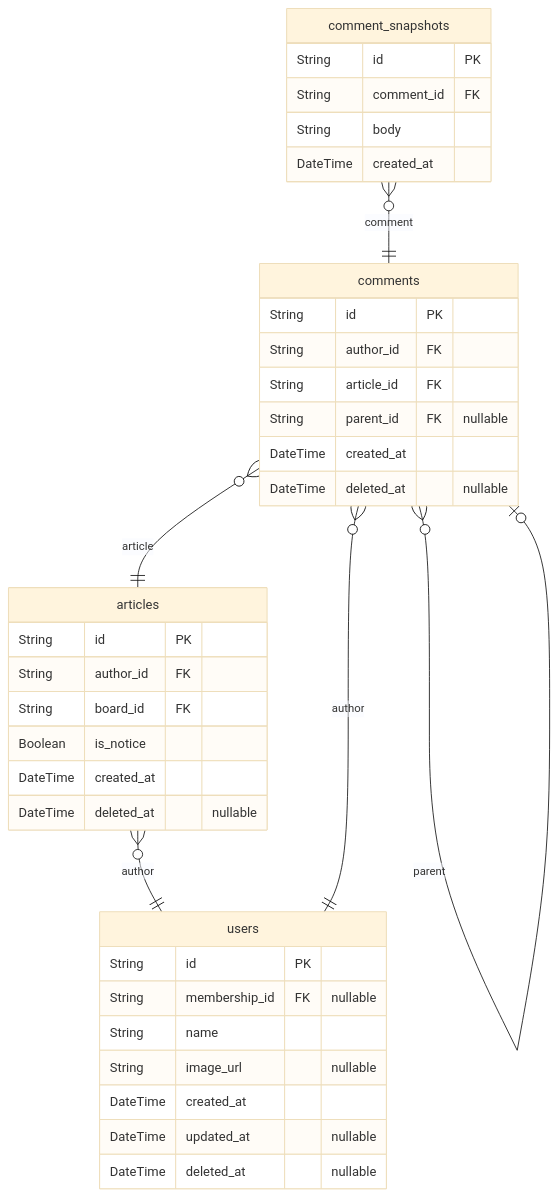
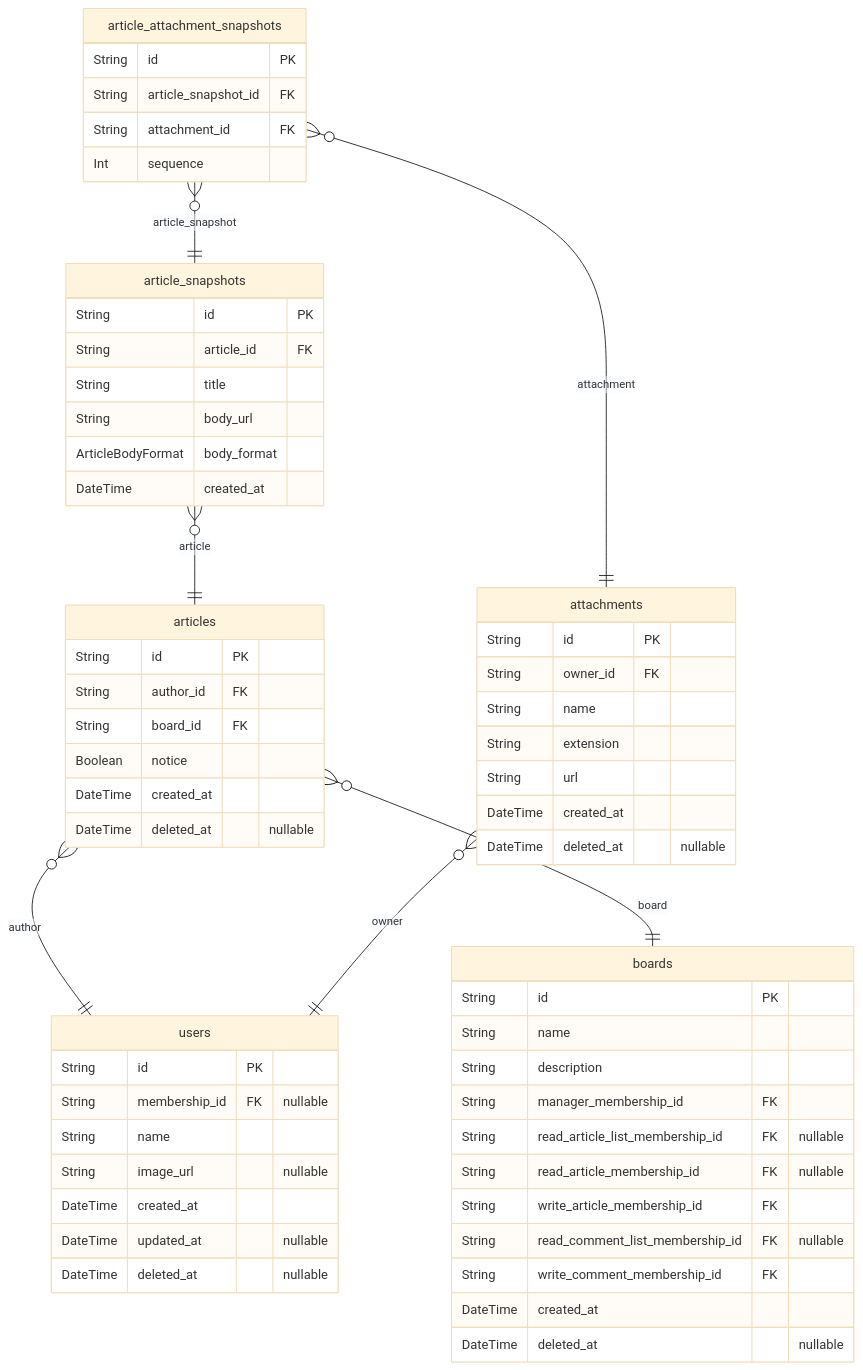
The third of 5 diagrams in ERD.md (rojiwon123/bbs), drawn with Mermaid (base theme) before and after one commit. The commit also changed other lines of this file and 67 other files, not shown here.

````diff
--- a/ERD.md
+++ b/ERD.md
@@ -545,39 +463,62 @@
 ```mermaid
 erDiagram
 "articles" {
     String id PK
     String author_id FK
     String board_id FK
-    Boolean is_notice
+    Boolean notice
     DateTime created_at
     DateTime deleted_at "nullable"
 }
-"comments" {
+"article_snapshots" {
     String id PK
-    String author_id FK
     String article_id FK
-    String parent_id FK "nullable"
+    String title
+    String body_url
+    ArticleBodyFormat body_format
+    DateTime created_at
+}
+"article_attachment_snapshots" {
+    String id PK
+    String article_snapshot_id FK
+    String attachment_id FK
+    Int sequence
+}
+"boards" {
+    String id PK
+    String name
+    String description
+    String manager_membership_id FK
+    String read_article_list_membership_id FK "nullable"
+    String read_article_membership_id FK "nullable"
+    String write_article_membership_id FK
+    String read_comment_list_membership_id FK "nullable"
+    String write_comment_membership_id FK
     DateTime created_at
     DateTime deleted_at "nullable"
 }
-"comment_snapshots" {
+"attachments" {
     String id PK
-    String comment_id FK
-    String body
+    String owner_id FK
+    String name
+    String extension
+    String url
     DateTime created_at
+    DateTime deleted_at "nullable"
 }
 "users" {
     String id PK
     String membership_id FK "nullable"
     String name
     String image_url "nullable"
     DateTime created_at
     DateTime updated_at "nullable"
     DateTime deleted_at "nullable"
 }
 "articles" }o--|| "users" : author
-"comments" }o--|| "users" : author
-"comments" }o--|| "articles" : article
-"comments" }o--o| "comments" : parent
-"comment_snapshots" }o--|| "comments" : comment
+"articles" }o--|| "boards" : board
+"article_snapshots" }o--|| "articles" : article
+"article_attachment_snapshots" }o--|| "article_snapshots" : article_snapshot
+"article_attachment_snapshots" }o--|| "attachments" : attachment
+"attachments" }o--|| "users" : owner
 ```
````
